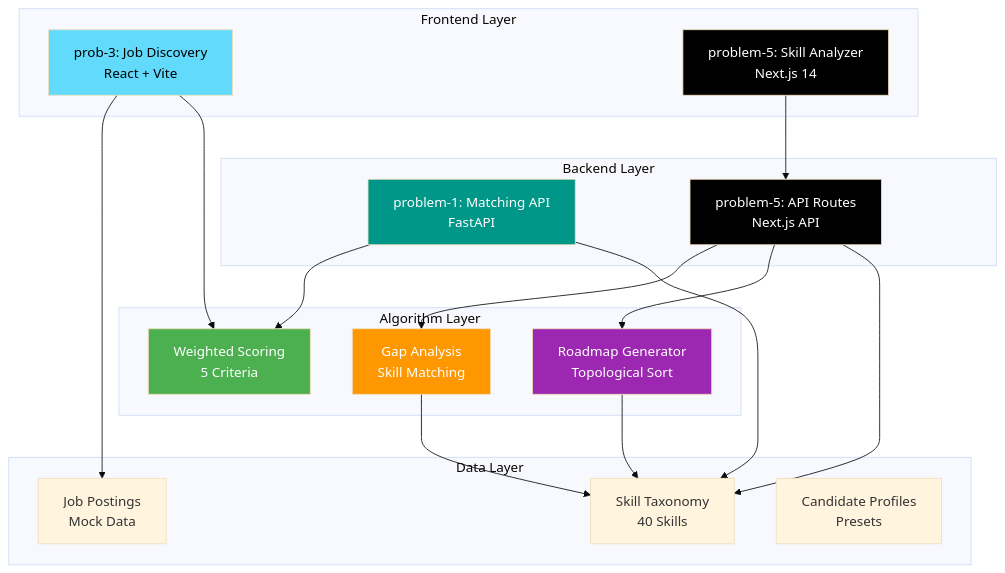
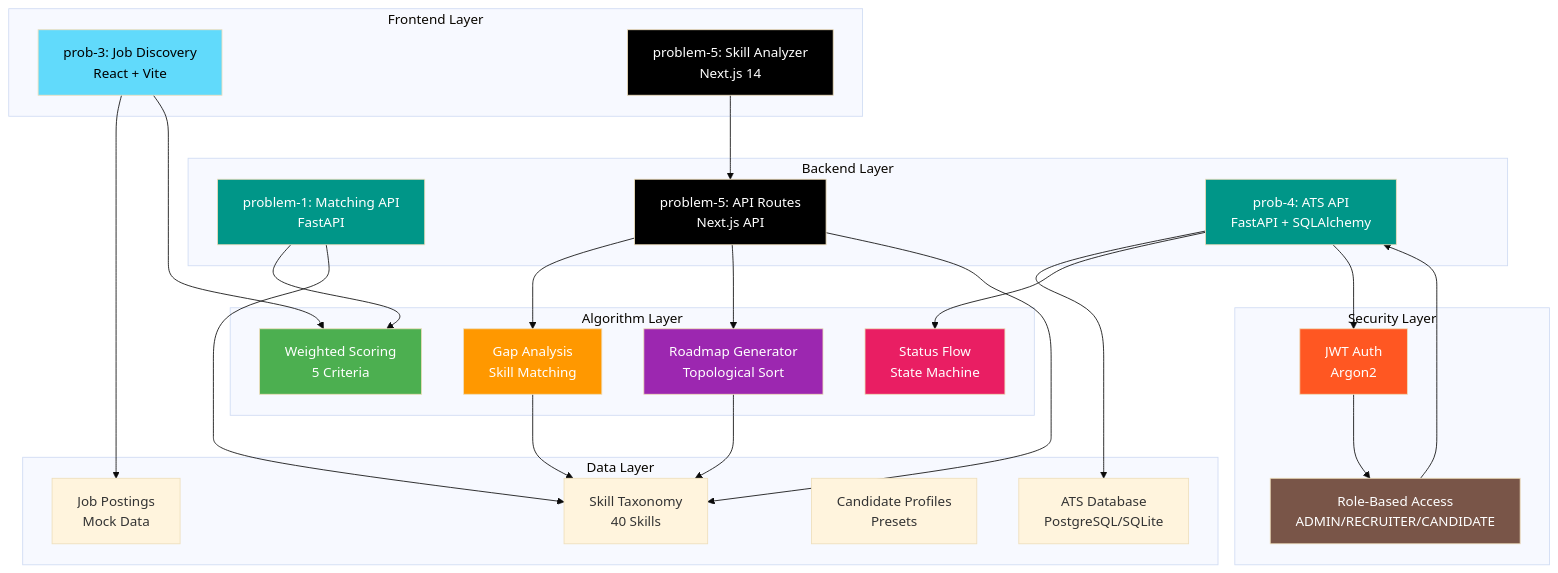
One commit to AgroKING/Performatives changed the fifth of 6 diagrams in README.md. Above: the diagram before and after it, drawn with Mermaid (base theme). The commit also changed other lines of this file, not shown here.

Commit message:
Update architecture diagrams to include prob-4 ATS API - Added prob-4 to System Overview with Security Layer and updated Data Flow with authentication and application management flows

````diff
--- a/README.md
+++ b/README.md
@@ -265,43 +265,61 @@
 ```mermaid
 graph TB
     subgraph "Frontend Layer"
         A[prob-3: Job Discovery<br/>React + Vite]
         B[problem-5: Skill Analyzer<br/>Next.js 14]
     end
     
     subgraph "Backend Layer"
         C[problem-1: Matching API<br/>FastAPI]
         D[problem-5: API Routes<br/>Next.js API]
+        E[prob-4: ATS API<br/>FastAPI + SQLAlchemy]
     end
     
     subgraph "Data Layer"
-        E[Skill Taxonomy<br/>40 Skills]
-        F[Job Postings<br/>Mock Data]
-        G[Candidate Profiles<br/>Presets]
+        F[Skill Taxonomy<br/>40 Skills]
+        G[Job Postings<br/>Mock Data]
+        H[Candidate Profiles<br/>Presets]
+        I[ATS Database<br/>PostgreSQL/SQLite]
     end
     
     subgraph "Algorithm Layer"
-        H[Weighted Scoring<br/>5 Criteria]
-        I[Gap Analysis<br/>Skill Matching]
-        J[Roadmap Generator<br/>Topological Sort]
+        J[Weighted Scoring<br/>5 Criteria]
+        K[Gap Analysis<br/>Skill Matching]
+        L[Roadmap Generator<br/>Topological Sort]
+        M[Status Flow<br/>State Machine]
     end
     
-    A --> F
-    A --> H
+    subgraph "Security Layer"
+        N[JWT Auth<br/>Argon2]
+        O[Role-Based Access<br/>ADMIN/RECRUITER/CANDIDATE]
+    end
+    
+    A --> G
+    A --> J
     B --> D
-    D --> I
-    D --> J
-    C --> H
-    C --> E
-    D --> E
-    I --> E
-    J --> E
+    D --> K
+    D --> L
+    C --> J
+    C --> F
+    D --> F
+    K --> F
+    L --> F
+    
+    E --> I
+    E --> M
+    E --> N
+    N --> O
+    O --> E
     
     style A fill:#61DAFB,color:#000
     style B fill:#000,color:#fff
     style C fill:#009688,color:#fff
     style D fill:#000,color:#fff
-    style H fill:#4CAF50,color:#fff
-    style I fill:#FF9800,color:#fff
-    style J fill:#9C27B0,color:#fff
+    style E fill:#009688,color:#fff
+    style J fill:#4CAF50,color:#fff
+    style K fill:#FF9800,color:#fff
+    style L fill:#9C27B0,color:#fff
+    style M fill:#E91E63,color:#fff
+    style N fill:#FF5722,color:#fff
+    style O fill:#795548,color:#fff
 ```
````
